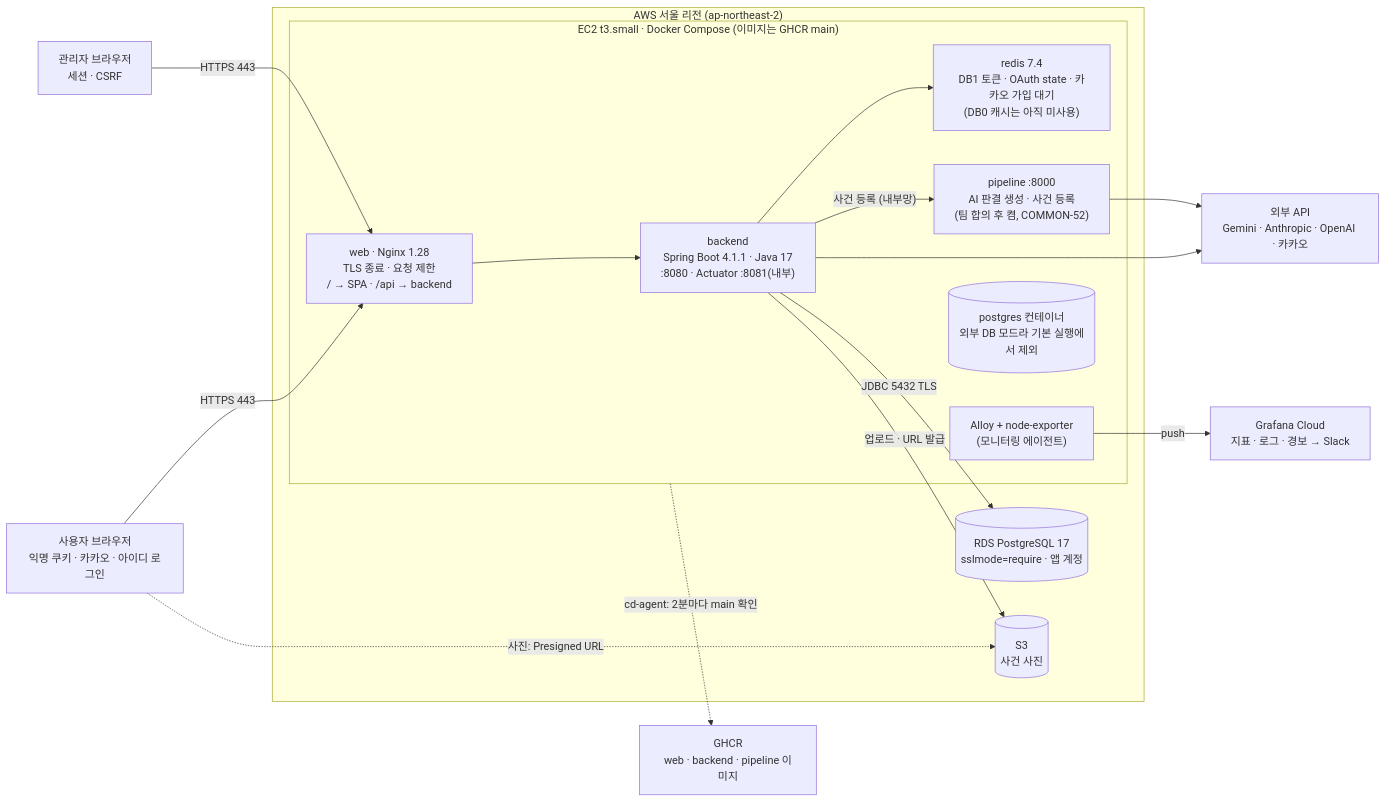
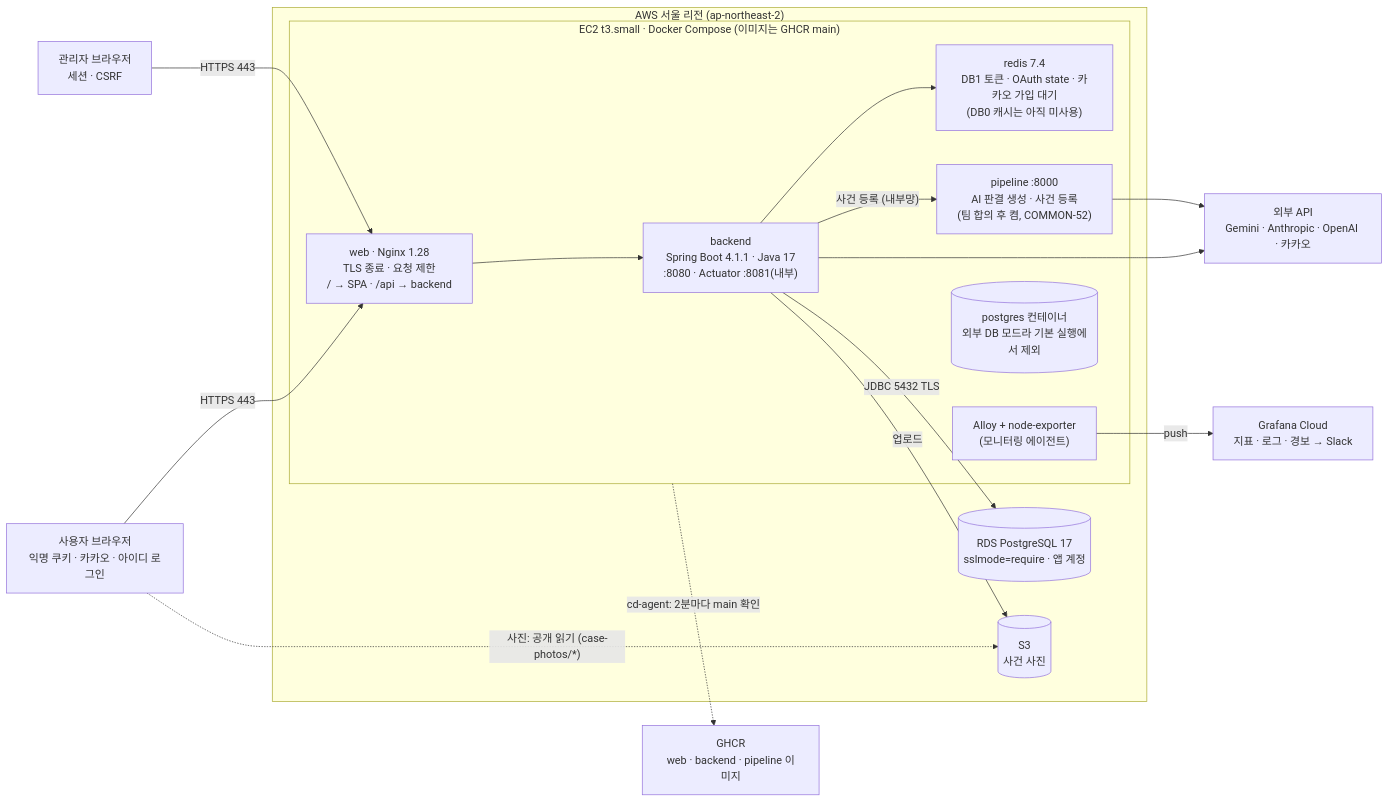
The diagram in docs/architecture.md (prgrms-aibe-devcourse/AIBE7_FinalProject_Team2), drawn with Mermaid before and after one commit. The commit also changed other lines of this file and 3 other files, not shown here.

Commit message:
docs : COMMON-74 사건 사진 S3 공개 읽기 정책 문서화 (case-photos 경로 버킷 정책 · Presigned URL 표기 정정 · 의사결정 기록)

````diff
--- a/docs/architecture.md
+++ b/docs/architecture.md
@@ -27,35 +28,35 @@
 ```mermaid
 flowchart LR
   user["사용자 브라우저<br/>익명 쿠키 · 카카오 · 아이디 로그인"]
   admin["관리자 브라우저<br/>세션 · CSRF"]
 
   subgraph aws["AWS 서울 리전 (ap-northeast-2)"]
     subgraph ec2["EC2 t3.small · Docker Compose (이미지는 GHCR main)"]
       web["web · Nginx 1.28<br/>TLS 종료 · 요청 제한<br/>/ → SPA · /api → backend"]
       backend["backend<br/>Spring Boot 4.1.1 · Java 17<br/>:8080 · Actuator :8081(내부)"]
       redis["redis 7.4<br/>DB1 토큰 · OAuth state · 카카오 가입 대기<br/>(DB0 캐시는 아직 미사용)"]
       pipeline["pipeline :8000<br/>AI 판결 생성 · 사건 등록<br/>(팀 합의 후 켬, COMMON-52)"]
       agent["Alloy + node-exporter<br/>(모니터링 에이전트)"]
       pg[("postgres 컨테이너<br/>외부 DB 모드라 기본 실행에서 제외")]
     end
     rds[("RDS PostgreSQL 17<br/>sslmode=require · 앱 계정")]
     s3[("S3<br/>사건 사진")]
   end
 
   ext["외부 API<br/>Gemini · Anthropic · OpenAI · 카카오"]
   cloud["Grafana Cloud<br/>지표 · 로그 · 경보 → Slack"]
   ghcr["GHCR<br/>web · backend · pipeline 이미지"]
 
   user -- "HTTPS 443" --> web
   admin -- "HTTPS 443" --> web
-  user -. "사진: Presigned URL" .-> s3
+  user -. "사진: 공개 읽기 (case-photos/*)" .-> s3
   web --> backend
   backend --> redis
   backend -- "JDBC 5432 TLS" --> rds
-  backend -- "업로드 · URL 발급" --> s3
+  backend -- "업로드" --> s3
   backend -- "사건 등록 (내부망)" --> pipeline
   backend --> ext
   pipeline --> ext
   agent -- "push" --> cloud
   ec2 -. "cd-agent: 2분마다 main 확인" .-> ghcr
 ```
````
